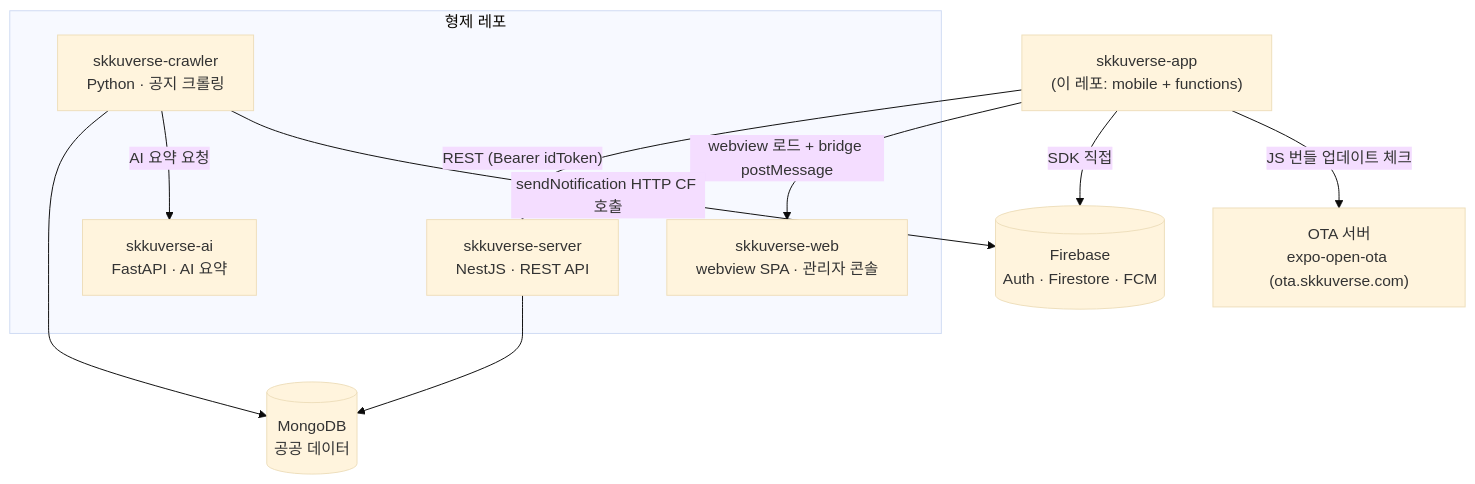
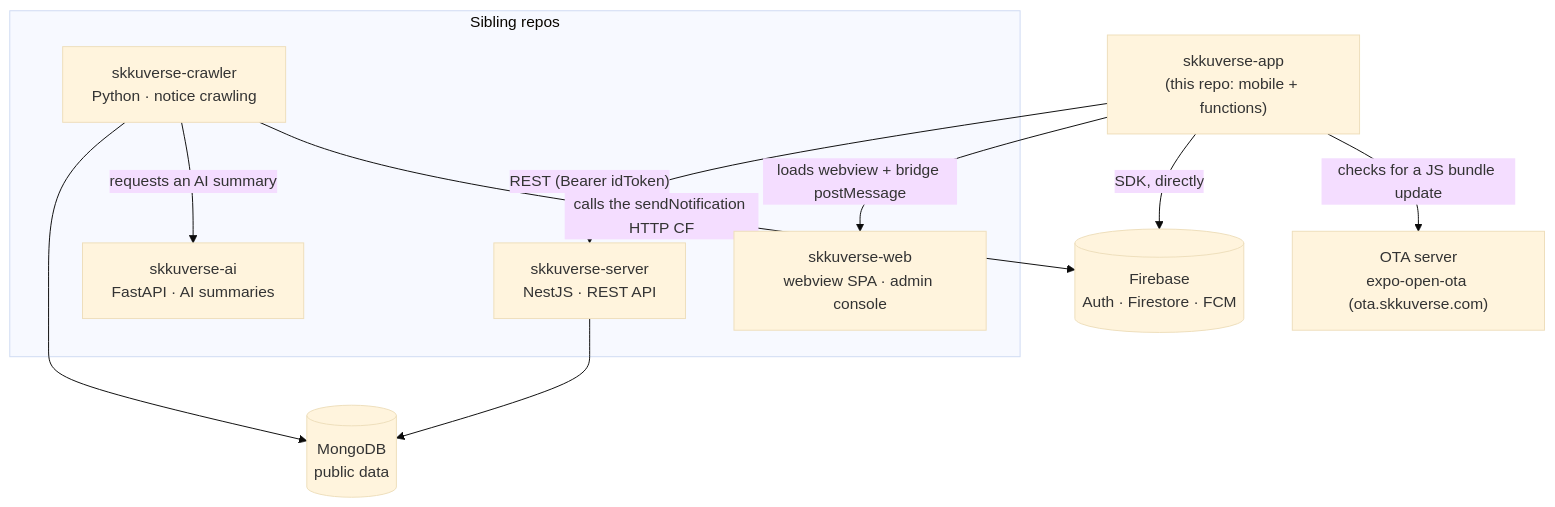
Before and after one commit to spencer0124/skkuverse-app: the second of 2 diagrams in docs/explanation/architecture.md, drawn with Mermaid (base theme). The commit also changed other lines of this file and 1 other file, not shown here.

First line of the commit message:
docs(explanation): translate the architecture overview and notices feature

````diff
--- a/docs/explanation/architecture.md
+++ b/docs/explanation/architecture.md
@@ -88,24 +121,24 @@
 ```mermaid
 flowchart TB
-  APP["skkuverse-app<br/>(이 레포: mobile + functions)"]
+  APP["skkuverse-app<br/>(this repo: mobile + functions)"]
 
-  subgraph backend["형제 레포"]
-    WEB["skkuverse-web<br/>webview SPA · 관리자 콘솔"]
+  subgraph backend["Sibling repos"]
+    WEB["skkuverse-web<br/>webview SPA · admin console"]
     SRV["skkuverse-server<br/>NestJS · REST API"]
-    CRW["skkuverse-crawler<br/>Python · 공지 크롤링"]
-    AI["skkuverse-ai<br/>FastAPI · AI 요약"]
+    CRW["skkuverse-crawler<br/>Python · notice crawling"]
+    AI["skkuverse-ai<br/>FastAPI · AI summaries"]
   end
 
-  MDB[("MongoDB<br/>공공 데이터")]
+  MDB[("MongoDB<br/>public data")]
   FB[("Firebase<br/>Auth · Firestore · FCM")]
-  OTA["OTA 서버<br/>expo-open-ota (ota.skkuverse.com)"]
+  OTA["OTA server<br/>expo-open-ota (ota.skkuverse.com)"]
 
   APP -- "REST (Bearer idToken)" --> SRV
-  APP -- "webview 로드 + bridge postMessage" --> WEB
-  APP -- "SDK 직접" --> FB
-  APP -- "JS 번들 업데이트 체크" --> OTA
+  APP -- "loads webview + bridge postMessage" --> WEB
+  APP -- "SDK, directly" --> FB
+  APP -- "checks for a JS bundle update" --> OTA
   SRV --> MDB
   CRW --> MDB
-  CRW -- "AI 요약 요청" --> AI
-  CRW -- "sendNotification HTTP CF 호출" --> FB
+  CRW -- "requests an AI summary" --> AI
+  CRW -- "calls the sendNotification HTTP CF" --> FB
 ```
````
